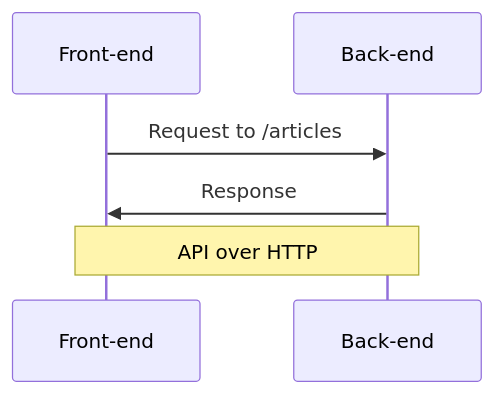
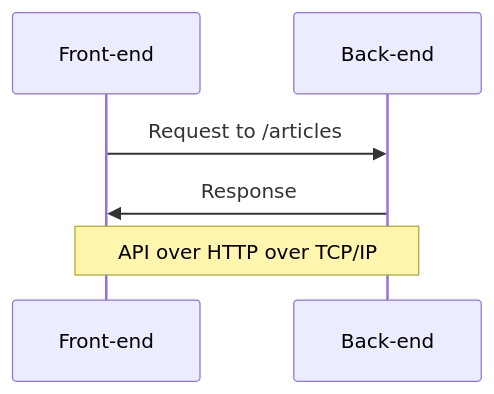
One commit to open-tutorials/cypress changed the third of 3 diagrams in tutorials/test_api.md. Above: the diagram before and after it, drawn with Mermaid. The commit also changed other lines of this file and 4 other files, not shown here.

````diff
--- a/tutorials/test_api.md
+++ b/tutorials/test_api.md
@@ -102,6 +102,6 @@
 ```mermaid
 sequenceDiagram
     Front-end ->> Back-end: Request to /articles
     Back-end ->> Front-end: Response
-    Note over Front-end, Back-end: API over HTTP
+    Note over Front-end, Back-end: API over HTTP over TCP/IP
 ```
````
